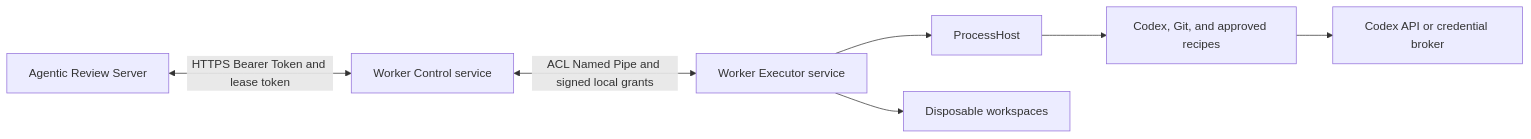
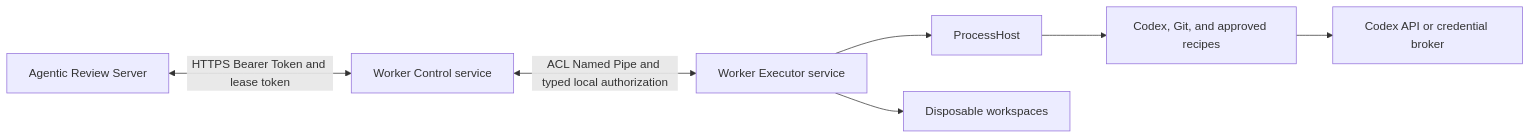
One commit to moooyo/PowerToys-Agentic-Review changed the diagram in docs/adr/0007-windows-control-executor-isolation.md. Above: the diagram before and after it, drawn with Mermaid. The commit also changed other lines of this file and 5 other files, not shown here.

````diff
--- a/docs/adr/0007-windows-control-executor-isolation.md
+++ b/docs/adr/0007-windows-control-executor-isolation.md
@@ -189,9 +196,9 @@
 ```mermaid
 flowchart LR
     S[Agentic Review Server] <-->|HTTPS Bearer Token and lease token| C[Worker Control service]
-    C <-->|ACL Named Pipe and signed local grants| E[Worker Executor service]
+    C <-->|ACL Named Pipe and typed local authorization| E[Worker Executor service]
     E --> P[ProcessHost]
     P --> X[Codex, Git, and approved recipes]
     E --> W[Disposable workspaces]
     X --> B[Codex API or credential broker]
 ```
````
